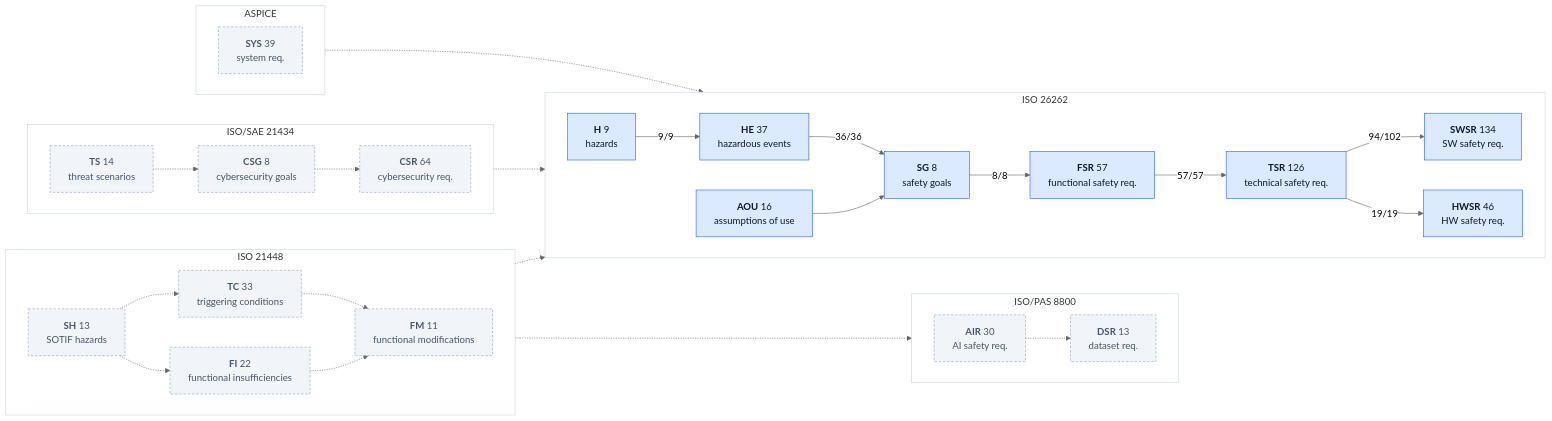
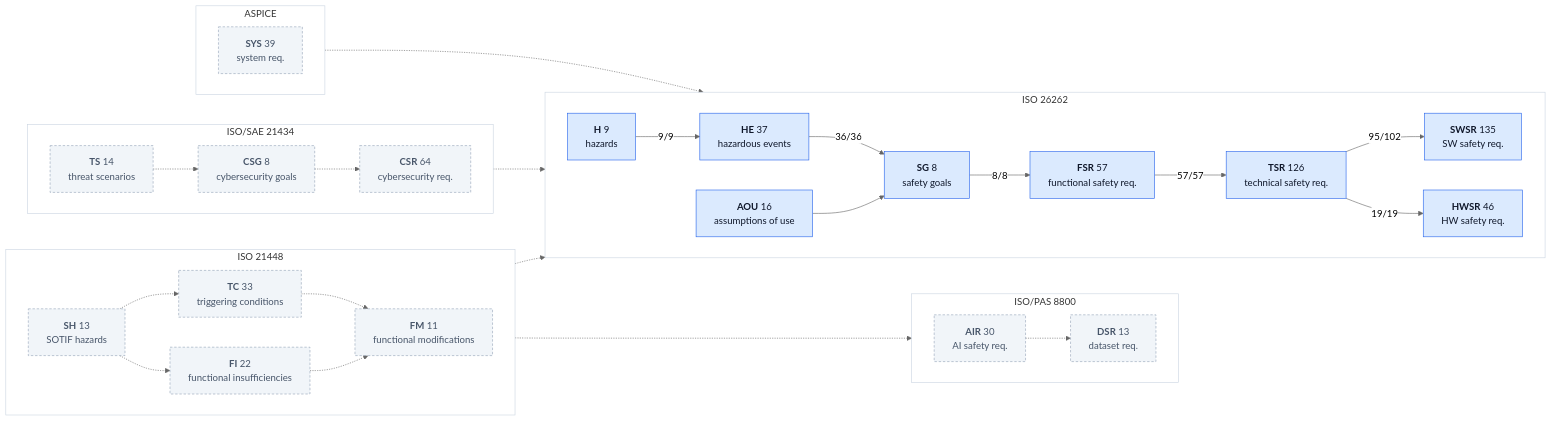
Before and after one commit to jherrodthomas/LionDriver: the second of 2 diagrams in assurance/trace/maps/aspice-trace-map.md, drawn with Mermaid (neutral theme). The commit also changed other lines of this file and 61 other files, not shown here.

````diff
--- a/assurance/trace/maps/aspice-trace-map.md
+++ b/assurance/trace/maps/aspice-trace-map.md
@@ -188,61 +188,61 @@
 ```mermaid
 flowchart LR
   subgraph ISO26262["ISO 26262"]
     direction LR
     kH["<b>H</b> 9<br/>hazards"]:::traced
     kHE["<b>HE</b> 37<br/>hazardous events"]:::traced
     kSG["<b>SG</b> 8<br/>safety goals"]:::traced
     kFSR["<b>FSR</b> 57<br/>functional safety req."]:::traced
     kTSR["<b>TSR</b> 126<br/>technical safety req."]:::traced
-    kSWSR["<b>SWSR</b> 134<br/>SW safety req."]:::traced
+    kSWSR["<b>SWSR</b> 135<br/>SW safety req."]:::traced
     kHWSR["<b>HWSR</b> 46<br/>HW safety req."]:::traced
     kAOU["<b>AOU</b> 16<br/>assumptions of use"]:::traced
   end
   style ISO26262 fill:#FFFFFF,stroke:#CBD5E1
   subgraph ISO21448["ISO 21448"]
     direction LR
     kSH["<b>SH</b> 13<br/>SOTIF hazards"]:::doc
     kTC["<b>TC</b> 33<br/>triggering conditions"]:::doc
     kFI["<b>FI</b> 22<br/>functional insufficiencies"]:::doc
     kFM["<b>FM</b> 11<br/>functional modifications"]:::doc
   end
   style ISO21448 fill:#FFFFFF,stroke:#CBD5E1
   subgraph ISOPAS8800["ISO/PAS 8800"]
     direction LR
     kAIR["<b>AIR</b> 30<br/>AI safety req."]:::doc
     kDSR["<b>DSR</b> 13<br/>dataset req."]:::doc
   end
   style ISOPAS8800 fill:#FFFFFF,stroke:#CBD5E1
   subgraph ISOSAE21434["ISO/SAE 21434"]
     direction LR
     kTS["<b>TS</b> 14<br/>threat scenarios"]:::doc
     kCSG["<b>CSG</b> 8<br/>cybersecurity goals"]:::doc
     kCSR["<b>CSR</b> 64<br/>cybersecurity req."]:::doc
   end
   style ISOSAE21434 fill:#FFFFFF,stroke:#CBD5E1
   subgraph ASPICE["ASPICE"]
     direction LR
     kSYS["<b>SYS</b> 39<br/>system req."]:::doc
   end
   style ASPICE fill:#FFFFFF,stroke:#CBD5E1
   kH -->|"9/9"| kHE
   kHE -->|"36/36"| kSG
   kSG -->|"8/8"| kFSR
   kFSR -->|"57/57"| kTSR
-  kTSR -->|"94/102"| kSWSR
+  kTSR -->|"95/102"| kSWSR
   kTSR -->|"19/19"| kHWSR
   kAOU --> kSG
   kSH -.-> kTC
   kSH -.-> kFI
   kTC -.-> kFM
   kFI -.-> kFM
   kSH -.-> kHE
   kFI -.-> kAIR
   kAIR -.-> kDSR
   kTS -.-> kCSG
   kCSG -.-> kCSR
   kCSG -.-> kSG
   kSYS -.-> kTSR
   classDef traced fill:#DBEAFE,stroke:#2563EB,color:#0F172A
   classDef doc fill:#F1F5F9,stroke:#94A3B8,stroke-dasharray:4 3,color:#475569
 ```
````
